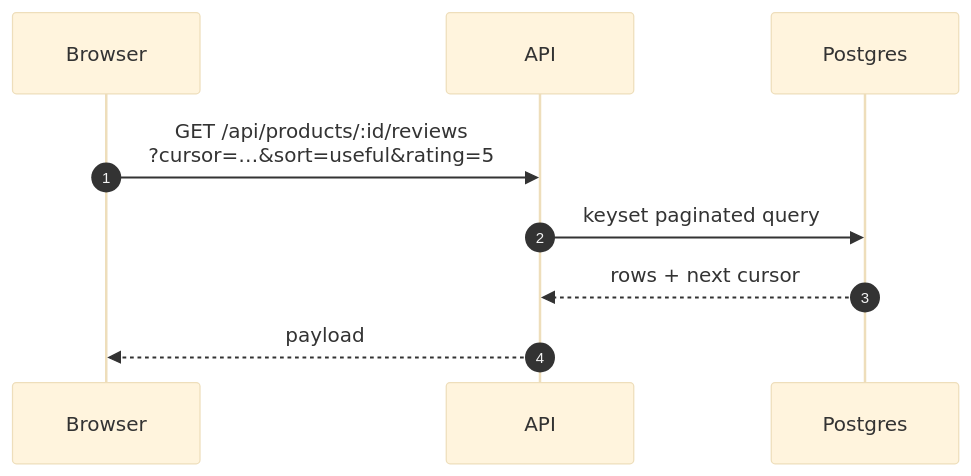
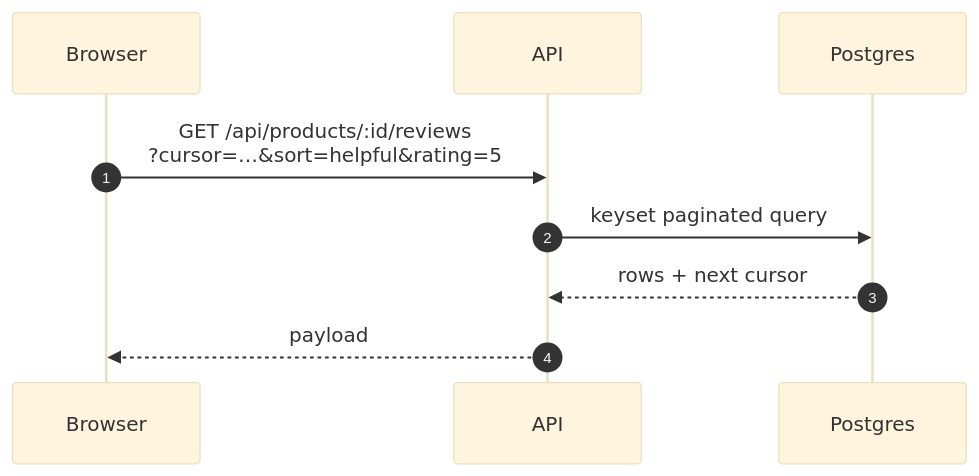
The third of 6 diagrams in docs/flows.md (KaliCZ/reviews), drawn with Mermaid (base theme) before and after one commit. The commit also changed other lines of this file, not shown here.

First line of the commit message:
Rename flow 4 to "rating a review" (up/down votes)

````diff
--- a/docs/flows.md
+++ b/docs/flows.md
@@ -70,12 +70,12 @@
 ```mermaid
 sequenceDiagram
     autonumber
     participant B as Browser
     participant A as API
     participant P as Postgres
 
-    B->>A: GET /api/products/:id/reviews<br/>?cursor=…&sort=useful&rating=5
+    B->>A: GET /api/products/:id/reviews<br/>?cursor=…&sort=helpful&rating=5
     A->>P: keyset paginated query
     P-->>A: rows + next cursor
     A-->>B: payload
 ```
````
